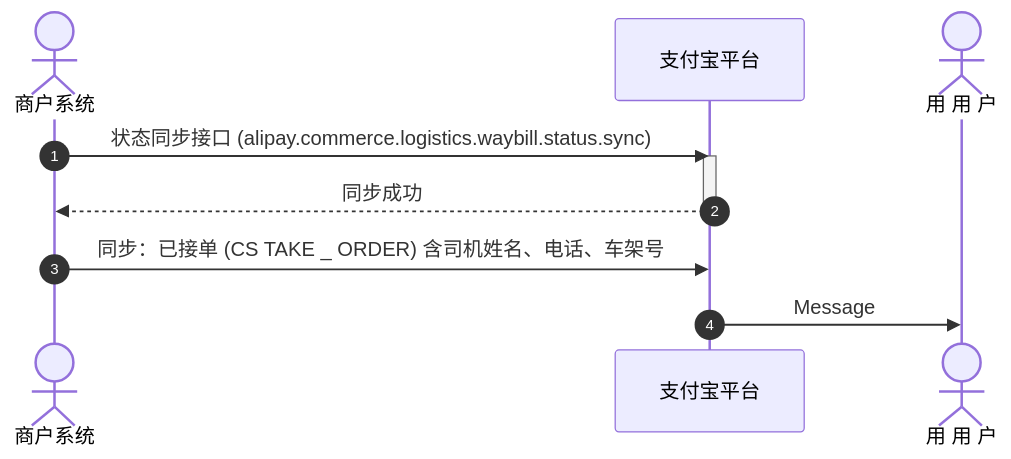
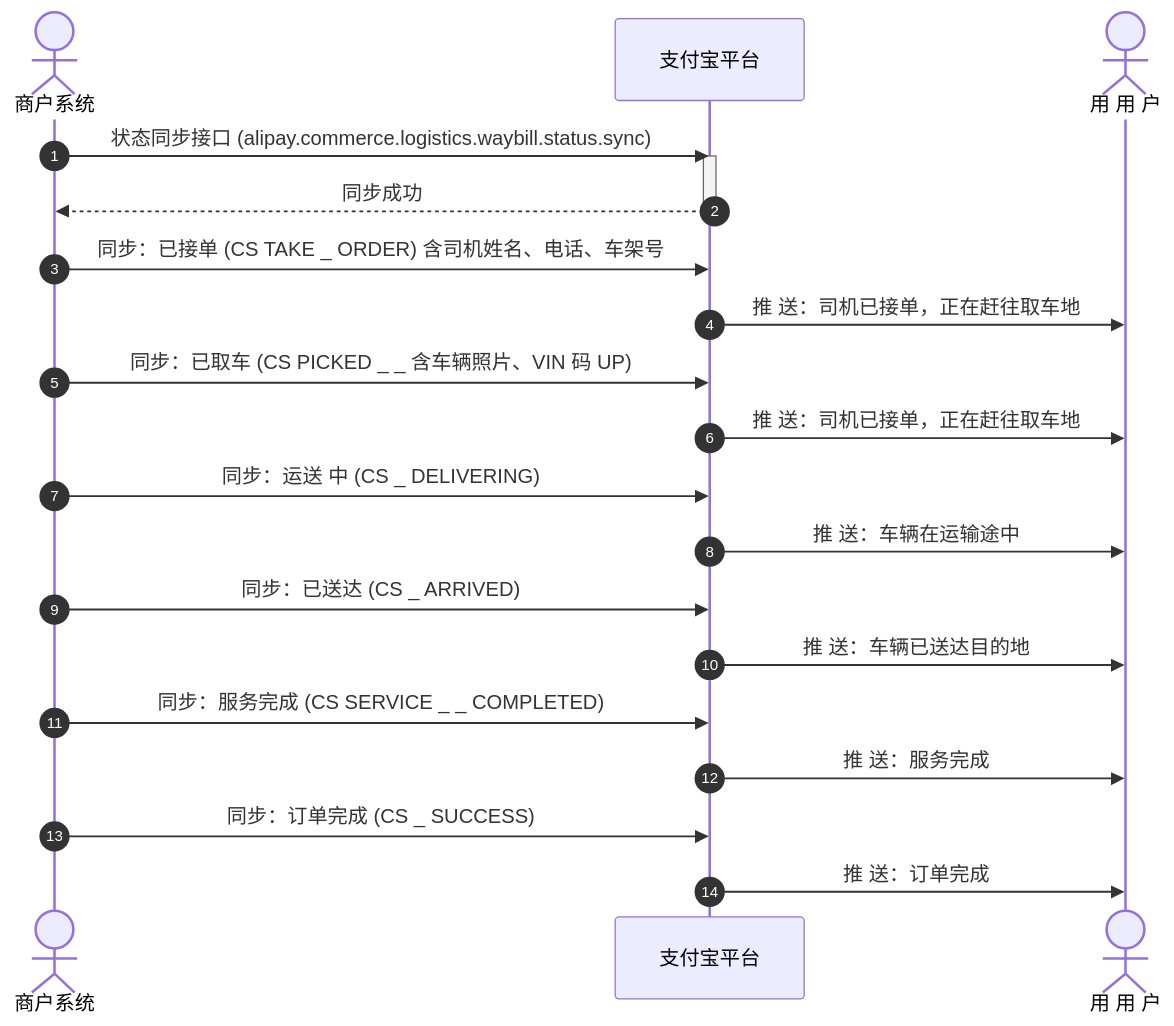
The diagram in mmd/订单状态同步时序_4997c745-c344-4a00-aecc-c93ea21a179e.mmd (pingpm/mermaid_vault), drawn with Mermaid before and after one commit. The commit also changed 2 other files, not shown here.

Commit message:
Sync Mermaid Studio data (9 diagrams)

```diff
--- a/mmd/订单状态同步时序_4997c745-c344-4a00-aecc-c93ea21a179e.mmd
+++ b/mmd/订单状态同步时序_4997c745-c344-4a00-aecc-c93ea21a179e.mmd
@@ -1,11 +1,21 @@
 sequenceDiagram
   autonumber
   actor p0 as 商户系统
   participant p1 as ⽀付宝平台
   actor p2 as ⽤ ⽤ 户
   p0->>p1: 状态同步接⼝ (alipay.commerce.logistics.waybill.status.sync)
   activate p1
   p1-->>p0: 同步成功
   deactivate p1
   p0->>p1: 同步：已接单 (CS TAKE _ ORDER) 含司机姓名、电话、⻋架号
-  p1->>p2: Message
+  p1->>p2: 推 送：司机已接单，正在赶往取⻋地
+  p0->>p1: 同步：已取⻋ (CS PICKED _ _ 含⻋辆照⽚、VIN 码 UP)
+  p1->>p2: 推 送：司机已接单，正在赶往取⻋地
+  p0->>p1: 同步：运送 中 (CS _ DELIVERING)
+  p1->>p2: 推 送：⻋辆在运输途中
+  p0->>p1: 同步：已送达 (CS _ ARRIVED)
+  p1->>p2: 推 送：⻋辆已送达⽬的地
+  p0->>p1: 同步：服务完成 (CS SERVICE _ _ COMPLETED)
+  p1->>p2: 推 送：服务完成
+  p0->>p1: 同步：订单完成 (CS _ SUCCESS)
+  p1->>p2: 推 送：订单完成
```
